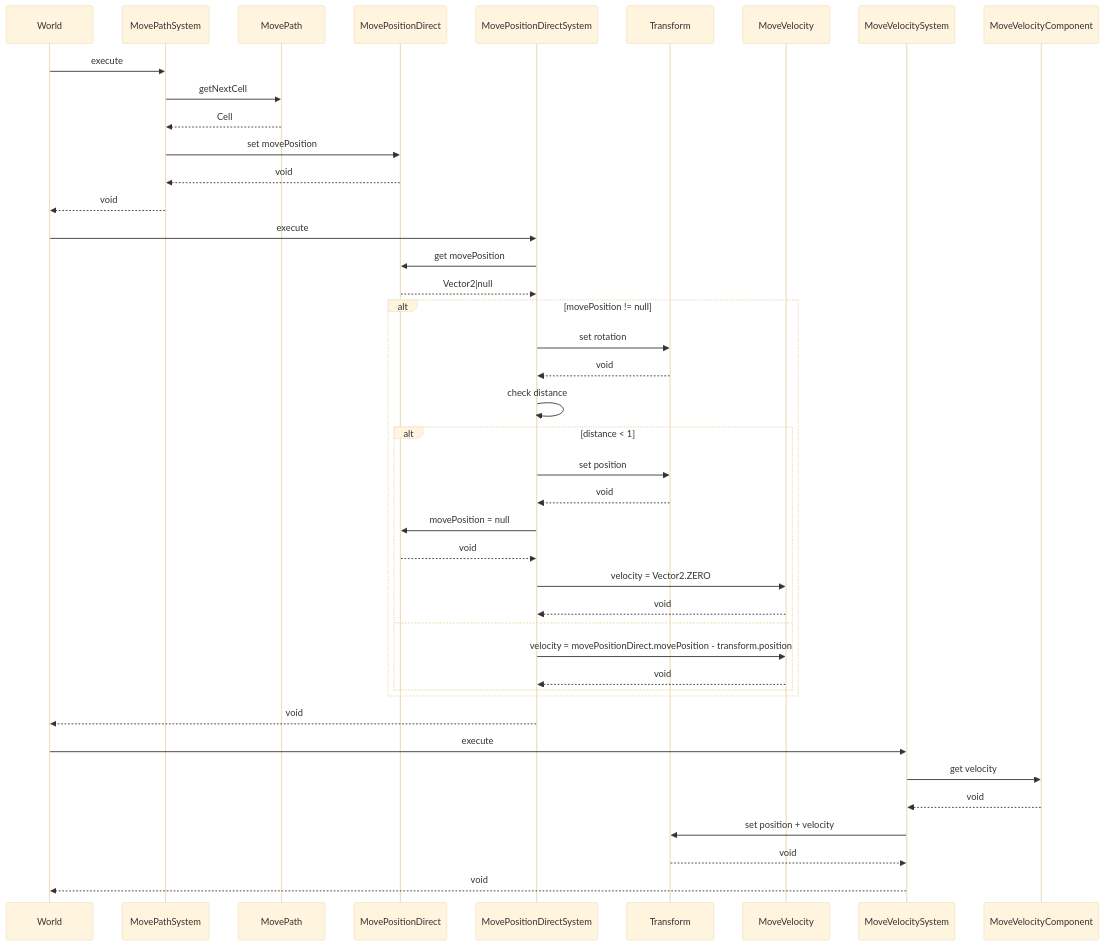
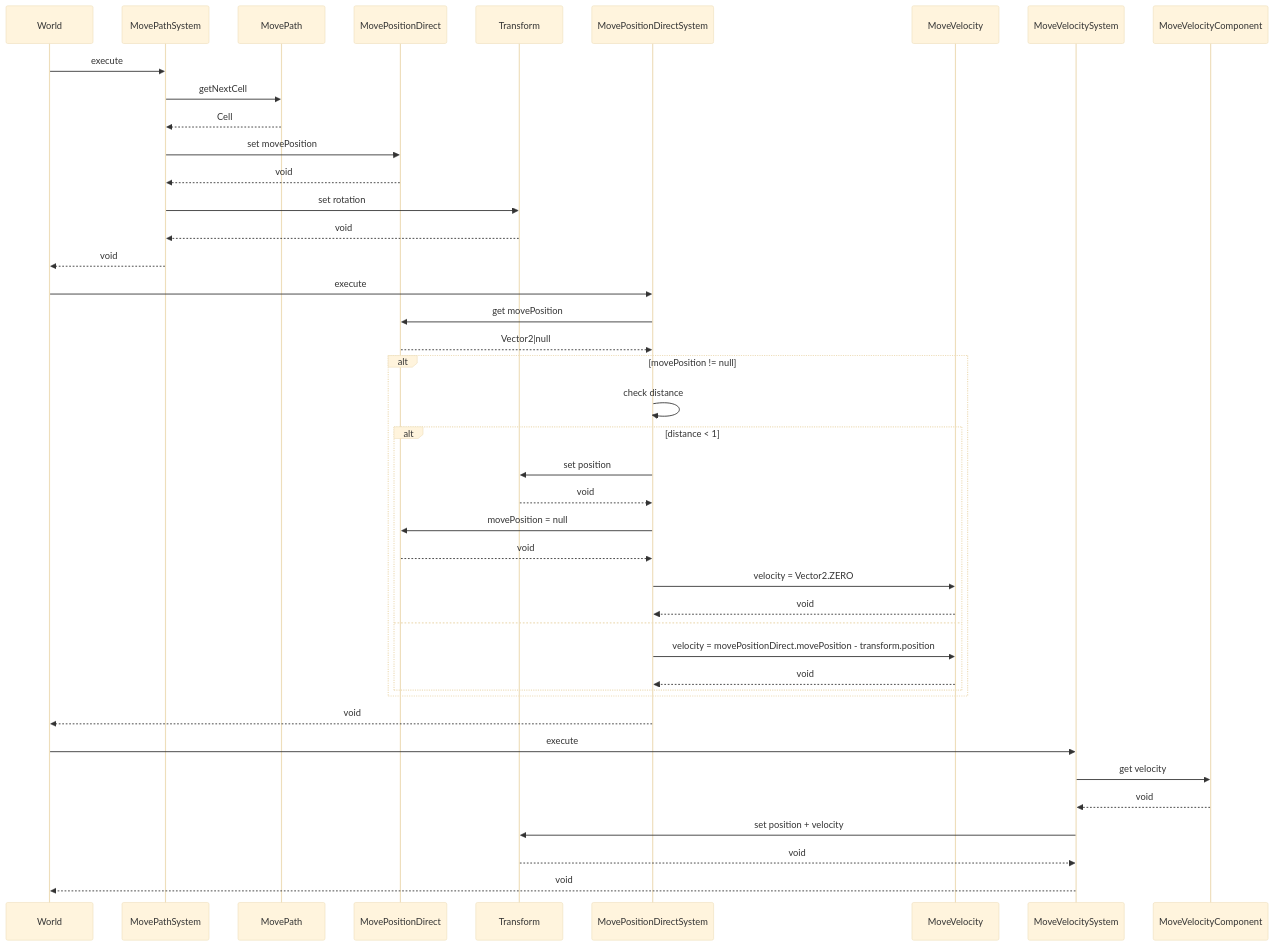
One commit to stevensnoeijen/DraculaReignOfTerrorRemake changed the diagram in MOVEMENT.md. Above: the diagram before and after it, drawn with Mermaid (base theme). The commit also changed 2 other files, not shown here.

Commit message:
fix: direction in animation

````diff
--- a/MOVEMENT.md
+++ b/MOVEMENT.md
@@ -7,41 +7,42 @@
 ```mermaid
 
 sequenceDiagram
 
   World ->> MovePathSystem: execute
   MovePathSystem ->> MovePath: getNextCell
   MovePath -->> MovePathSystem: Cell
   MovePathSystem ->> MovePositionDirect: set movePosition
   MovePositionDirect -->> MovePathSystem: void
+  MovePathSystem ->> Transform: set rotation
+  Transform -->> MovePathSystem: void
+
   MovePathSystem -->> World: void
   
   World ->> MovePositionDirectSystem: execute
   MovePositionDirectSystem ->> MovePositionDirect: get movePosition
   MovePositionDirect -->> MovePositionDirectSystem: Vector2|null
   alt movePosition != null
-    MovePositionDirectSystem ->> Transform: set rotation
-    Transform -->> MovePositionDirectSystem: void
     MovePositionDirectSystem ->> MovePositionDirectSystem: check distance
     alt distance < 1
       MovePositionDirectSystem ->> Transform: set position
       Transform -->> MovePositionDirectSystem: void
       MovePositionDirectSystem ->> MovePositionDirect: movePosition = null
       MovePositionDirect -->> MovePositionDirectSystem: void
       MovePositionDirectSystem ->> MoveVelocity: velocity = Vector2.ZERO
       MoveVelocity -->> MovePositionDirectSystem: void
     else
       MovePositionDirectSystem ->> MoveVelocity: velocity = movePositionDirect.movePosition - transform.position
       MoveVelocity -->> MovePositionDirectSystem: void
     end
   end
   MovePositionDirectSystem -->> World: void
   
   World ->> MoveVelocitySystem: execute
   MoveVelocitySystem ->> MoveVelocityComponent: get velocity
   MoveVelocityComponent -->> MoveVelocitySystem: void
   MoveVelocitySystem ->> Transform: set position + velocity
   Transform -->> MoveVelocitySystem: void
   MoveVelocitySystem -->> World: void
 
 
 ```
````
